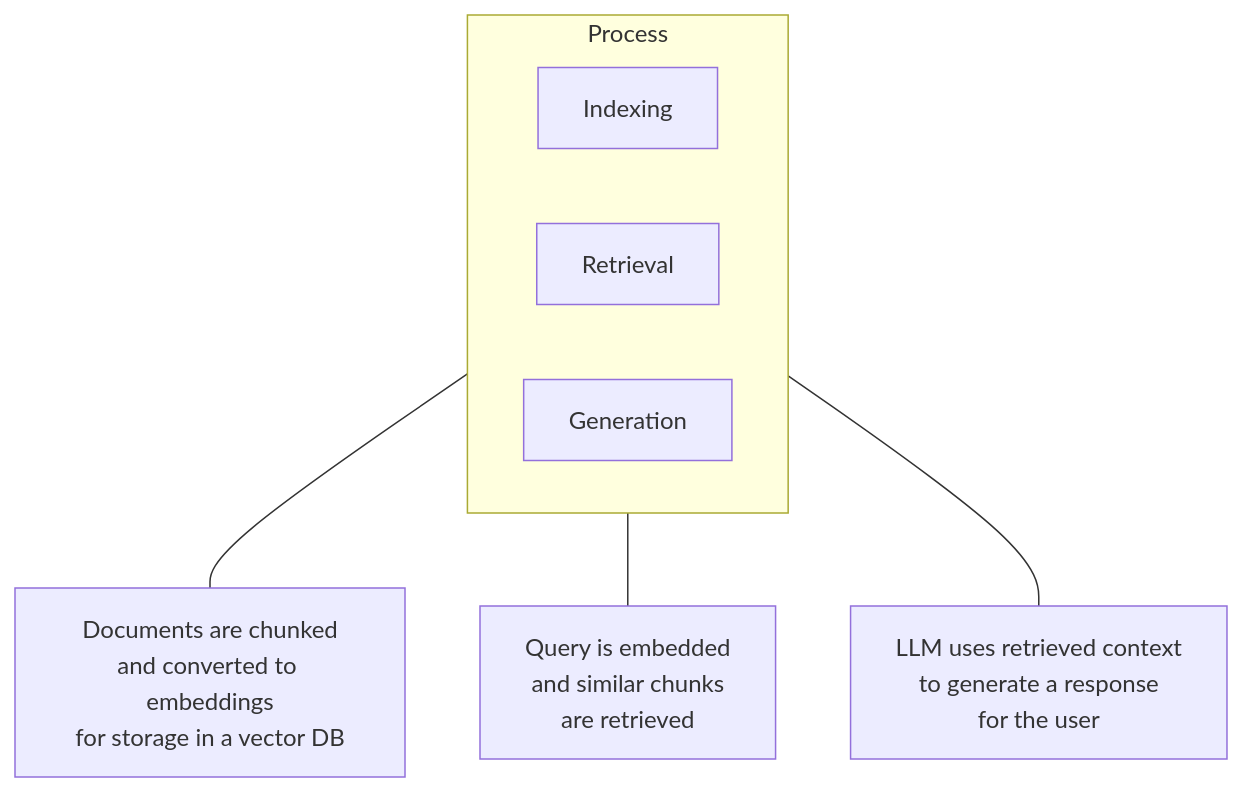
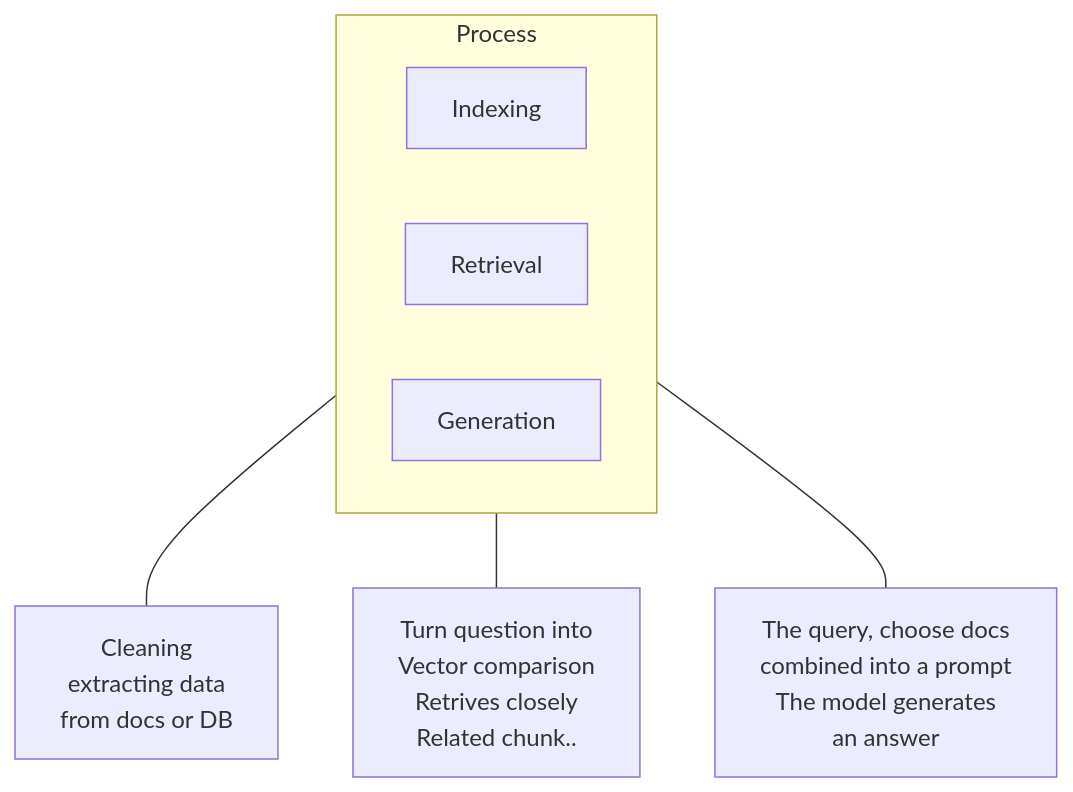
The second of 2 diagrams in Master_Retrieval_Augmented_Generation_RAG_System/1_2_2_What_is_RAG_and_Naive_RAG_Overview_and_Pitfalls.md (workhappy27/AI), drawn with Mermaid before and after one commit.

````diff
--- a/Master_Retrieval_Augmented_Generation_RAG_System/1_2_2_What_is_RAG_and_Naive_RAG_Overview_and_Pitfalls.md
+++ b/Master_Retrieval_Augmented_Generation_RAG_System/1_2_2_What_is_RAG_and_Naive_RAG_Overview_and_Pitfalls.md
@@ -73,17 +73,17 @@
 ```mermaid
 flowchart TB
 
 subgraph Process
 direction LR
 
 I[Indexing]
 R[Retrieval]
 G[Generation]
 end
 
-I --- ID["Documents are chunked<br/>and converted to embeddings<br/>for storage in a vector DB"]
+I --- ID["Cleaning<br/>extracting data<br/>from docs or DB"]
 
-R --- RD["Query is embedded<br/>and similar chunks<br/>are retrieved"]
+R --- RD["Turn question into<br/>Vector comparison<br/>Retrives closely<br/> Related chunk.."]
 
-G --- GD["LLM uses retrieved context<br/>to generate a response<br/>for the user"]
+G --- GD["The query, choose docs<br/>combined into a prompt<br/>The model generates<br/n> an answer"]
 ```
````
